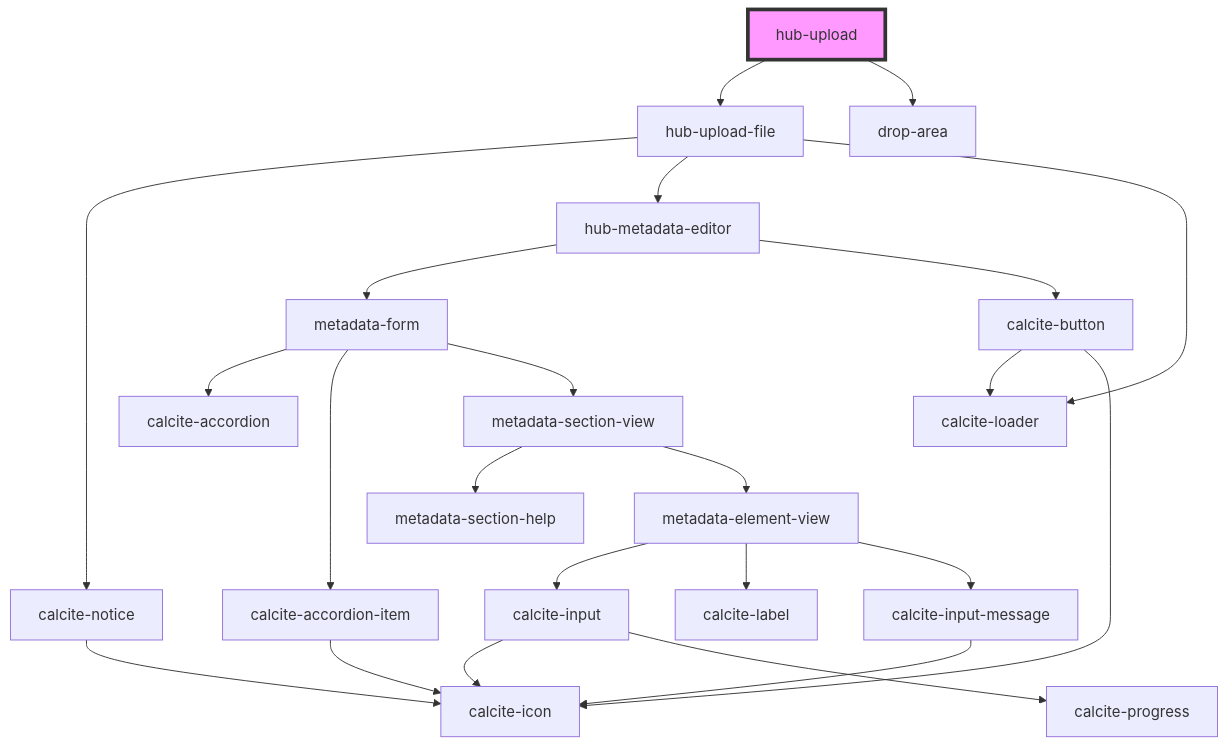
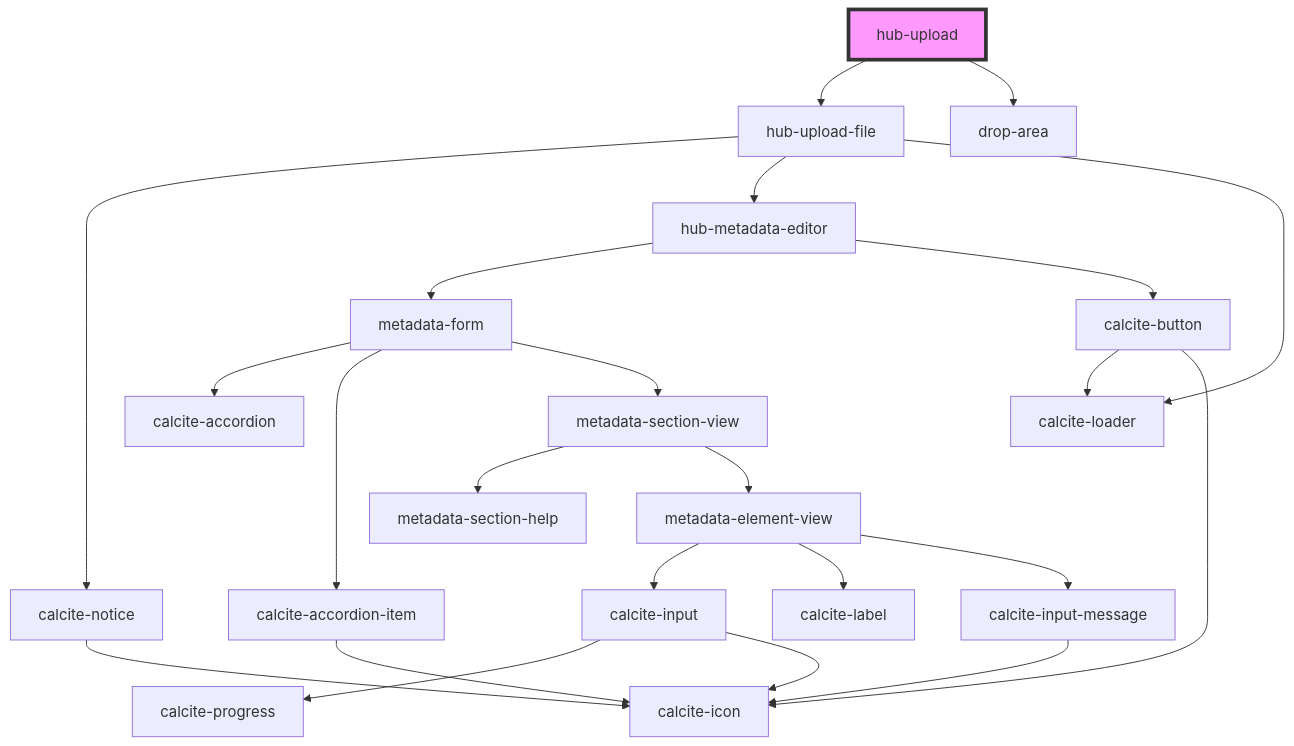
One commit to esridc/hub-components-experiments changed the diagram in src/components/blocks/hub-upload/readme.md. Above: the diagram before and after it, drawn with Mermaid. The commit also changed other lines of this file and 29 other files, not shown here.

````diff
--- a/src/components/blocks/hub-upload/readme.md
+++ b/src/components/blocks/hub-upload/readme.md
@@ -54,26 +54,26 @@
 ```mermaid
 graph TD;
   hub-upload --> hub-upload-file
   hub-upload --> drop-area
   hub-upload-file --> calcite-notice
   hub-upload-file --> hub-metadata-editor
   hub-upload-file --> calcite-loader
   calcite-notice --> calcite-icon
   hub-metadata-editor --> metadata-form
   hub-metadata-editor --> calcite-button
   metadata-form --> calcite-accordion
   metadata-form --> calcite-accordion-item
   metadata-form --> metadata-section-view
   calcite-accordion-item --> calcite-icon
   metadata-section-view --> metadata-section-help
   metadata-section-view --> metadata-element-view
   metadata-element-view --> calcite-input
   metadata-element-view --> calcite-label
   metadata-element-view --> calcite-input-message
+  calcite-input --> calcite-progress
   calcite-input --> calcite-icon
-  calcite-input --> calcite-progress
   calcite-input-message --> calcite-icon
   calcite-button --> calcite-loader
   calcite-button --> calcite-icon
   style hub-upload fill:#f9f,stroke:#333,stroke-width:4px
 ```
````
